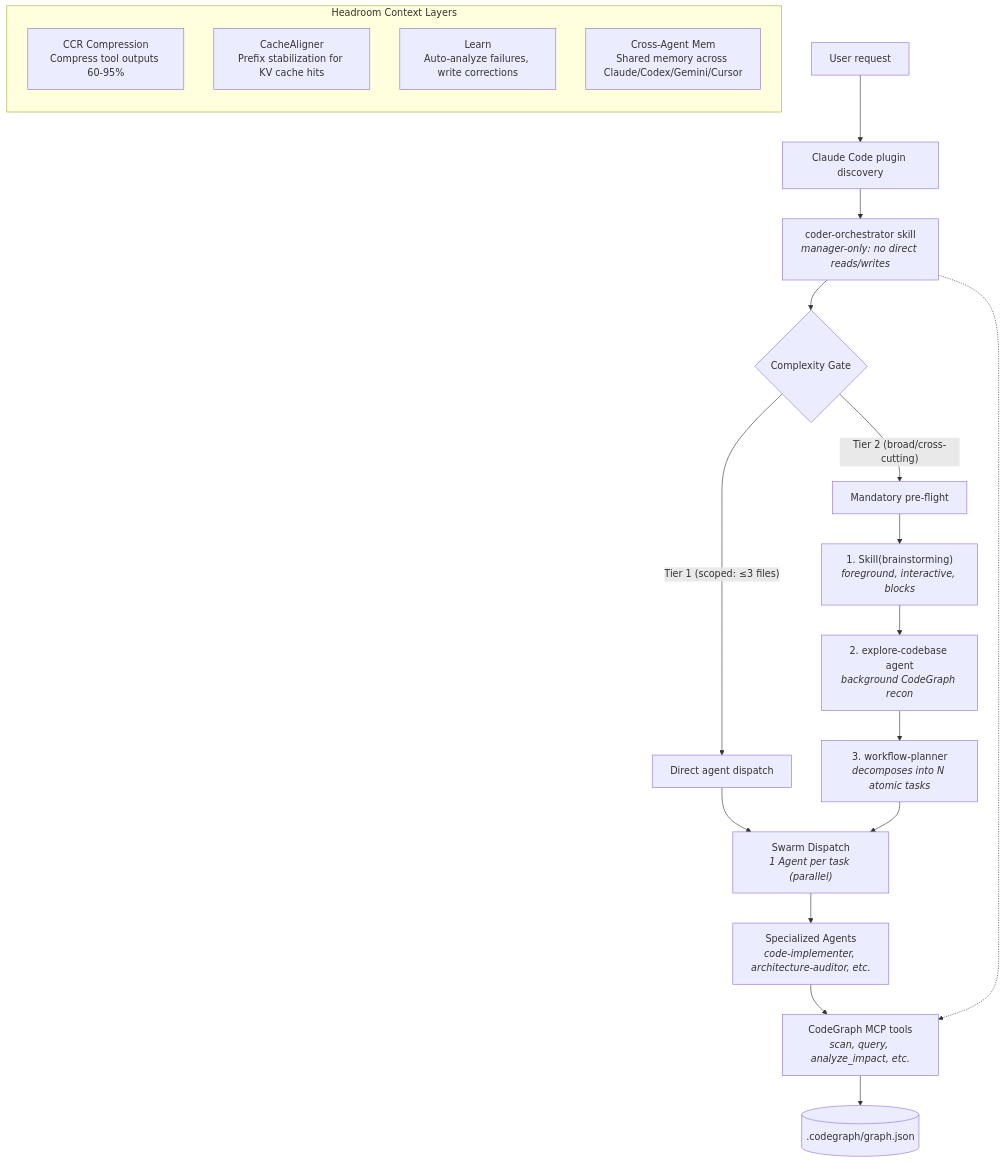
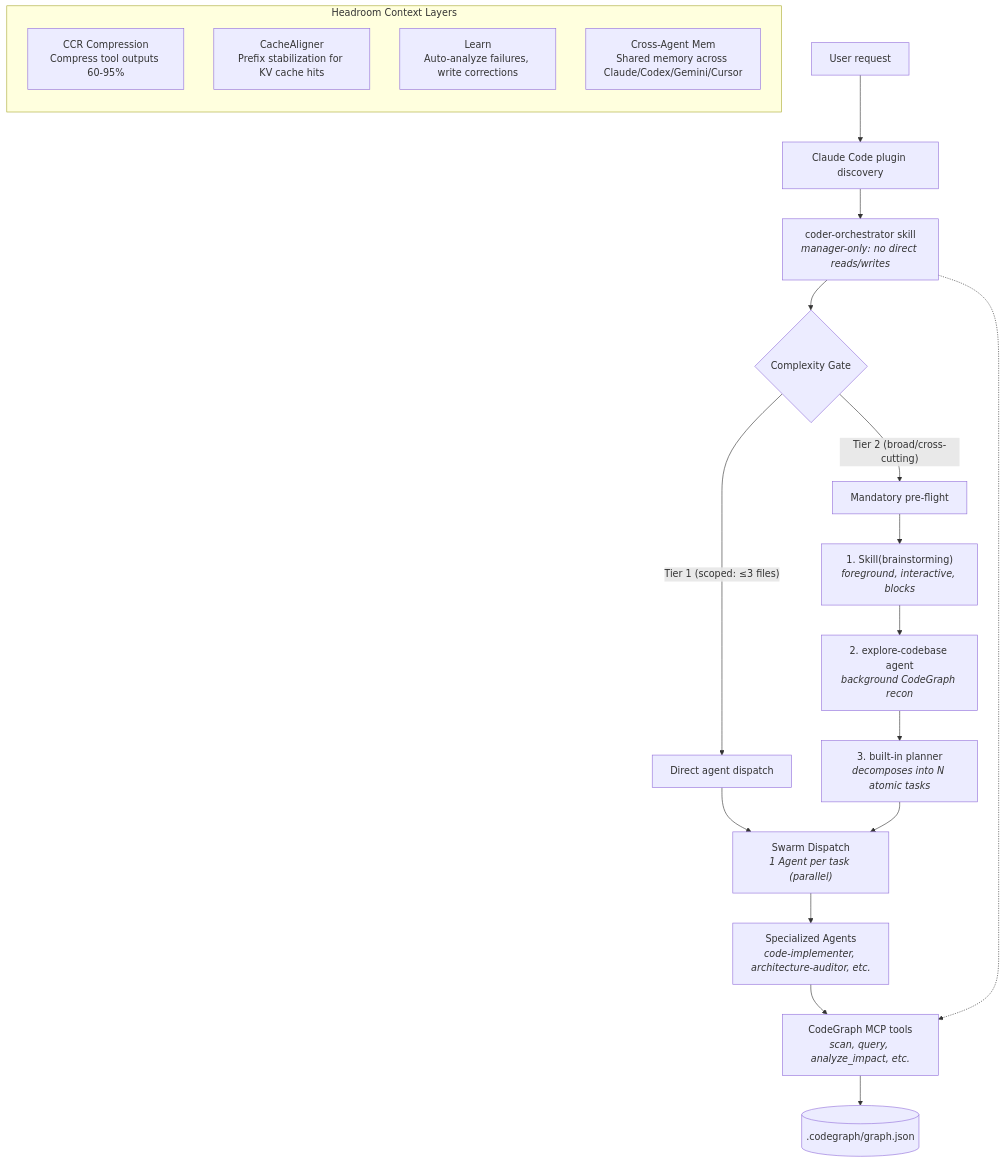
The diagram in README.md (MythEclipse/coder-workflow), drawn with Mermaid before and after one commit. The commit also changed other lines of this file and 55 other files, not shown here.

First line of the commit message:
refactor: overhaul parsing architecture and optimize database

````diff
--- a/README.md
+++ b/README.md
@@ -27,32 +27,32 @@
 ```mermaid
 graph TD
     User["User request"] --> Plugin["Claude Code plugin discovery"]
     Plugin --> Orch["coder-orchestrator skill<br/><i>manager-only: no direct reads/writes</i>"]
     
     Orch --> Gate{"Complexity Gate"}
     
     Gate -->|"Tier 1 (scoped: ≤3 files)"| DirectDispatch["Direct agent dispatch"]
     Gate -->|"Tier 2 (broad/cross-cutting)"| Preflight["Mandatory pre-flight"]
     
     Preflight --> Step1["1. Skill(brainstorming)<br/><i>foreground, interactive, blocks</i>"]
     Step1 --> Step2["2. explore-codebase agent<br/><i>background CodeGraph recon</i>"]
-    Step2 --> Step3["3. workflow-planner<br/><i>decomposes into N atomic tasks</i>"]
+    Step2 --> Step3["3. built-in planner<br/><i>decomposes into N atomic tasks</i>"]
     
     DirectDispatch --> Swarm["Swarm Dispatch<br/><i>1 Agent per task (parallel)</i>"]
     Step3 --> Swarm
     
     Swarm --> Agents["Specialized Agents<br/><i>code-implementer, architecture-auditor, etc.</i>"]
     
     Agents --> MCP["CodeGraph MCP tools<br/><i>scan, query, analyze_impact, etc.</i>"]
     Orch -.-> MCP
     
     MCP --> FILE[(".codegraph/graph.json")]
 
     subgraph Headroom ["Headroom Context Layers"]
         direction TB
         CCR["CCR Compression<br/>Compress tool outputs 60-95%"]
         Cache["CacheAligner<br/>Prefix stabilization for KV cache hits"]
         Learn["Learn<br/>Auto-analyze failures, write corrections"]
         Mem["Cross-Agent Mem<br/>Shared memory across Claude/Codex/Gemini/Cursor"]
     end
 ```
````
